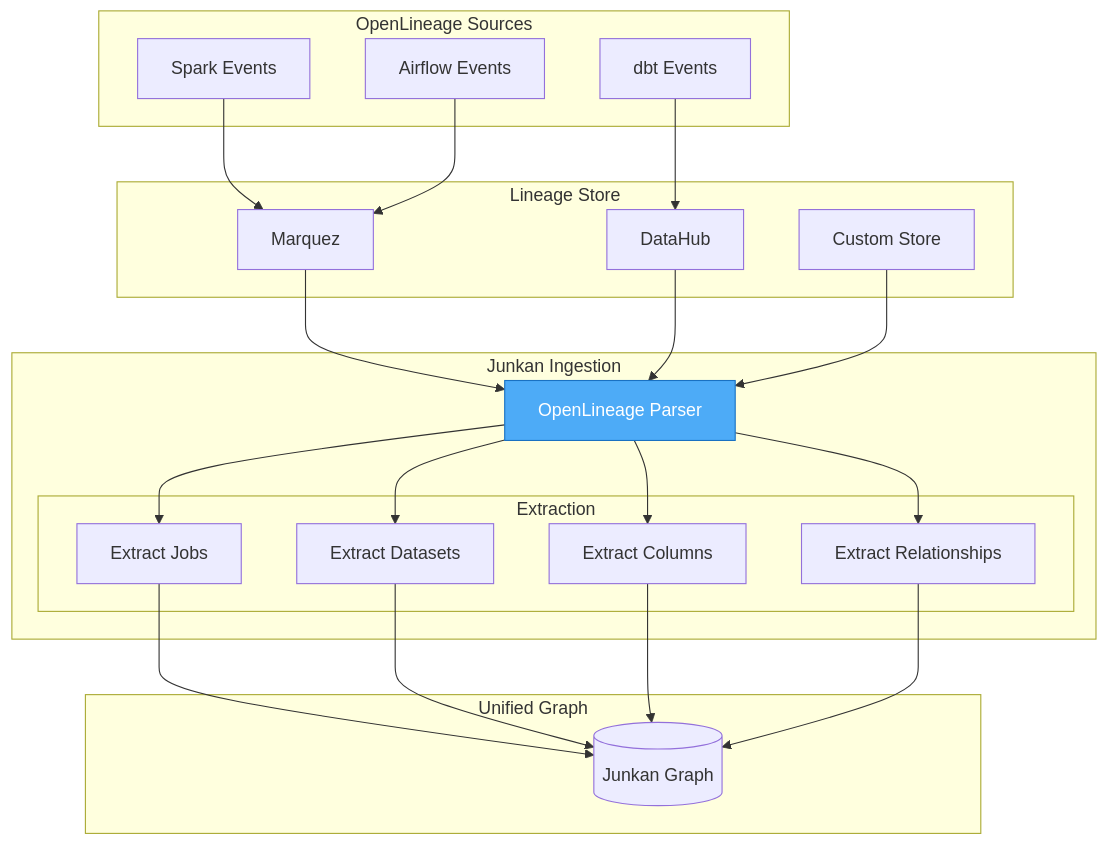
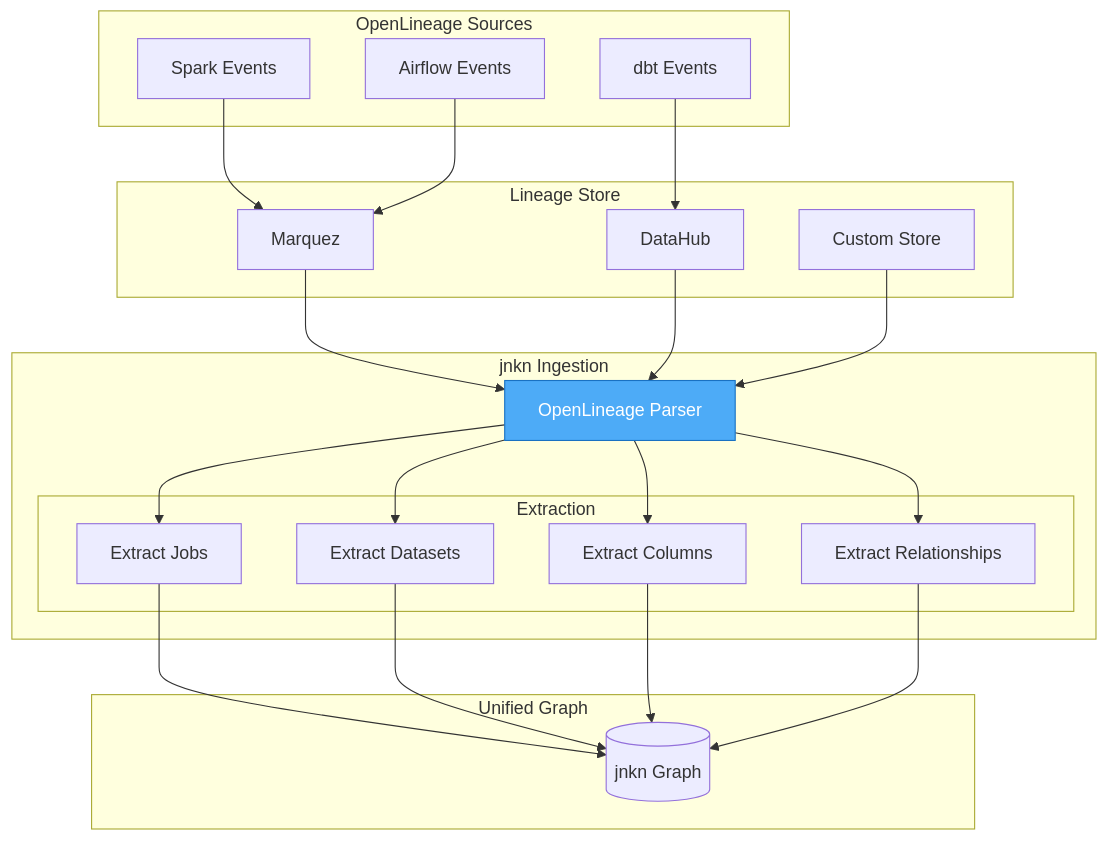
The seventh of 9 diagrams in docs/openlineage/design.md (bordumb/junkan), drawn with Mermaid before and after one commit. The commit also changed other lines of this file and 157 other files, not shown here.

````diff
--- a/docs/openlineage/design.md
+++ b/docs/openlineage/design.md
@@ -383,49 +383,49 @@
 ```mermaid
 flowchart TB
     subgraph "OpenLineage Sources"
         SPARK_EVENTS[Spark Events]
         AIRFLOW_EVENTS[Airflow Events]
         DBT_EVENTS[dbt Events]
     end
     
     subgraph "Lineage Store"
         MARQUEZ[Marquez]
         DATAHUB[DataHub]
         CUSTOM[Custom Store]
     end
     
-    subgraph "Junkan Ingestion"
+    subgraph "jnkn Ingestion"
         OL_PARSER[OpenLineage Parser]
         
         subgraph "Extraction"
             JOBS[Extract Jobs]
             DATASETS[Extract Datasets]
             COLUMNS[Extract Columns]
             EDGES[Extract Relationships]
         end
     end
     
     subgraph "Unified Graph"
-        GRAPH[(Junkan Graph)]
+        GRAPH[(jnkn Graph)]
     end
     
     SPARK_EVENTS --> MARQUEZ
     AIRFLOW_EVENTS --> MARQUEZ
     DBT_EVENTS --> DATAHUB
     
     MARQUEZ --> OL_PARSER
     DATAHUB --> OL_PARSER
     CUSTOM --> OL_PARSER
     
     OL_PARSER --> JOBS
     OL_PARSER --> DATASETS
     OL_PARSER --> COLUMNS
     OL_PARSER --> EDGES
     
     JOBS --> GRAPH
     DATASETS --> GRAPH
     COLUMNS --> GRAPH
     EDGES --> GRAPH
     
     style OL_PARSER fill:#4dabf7,stroke:#1971c2,color:#fff
 ```
````
